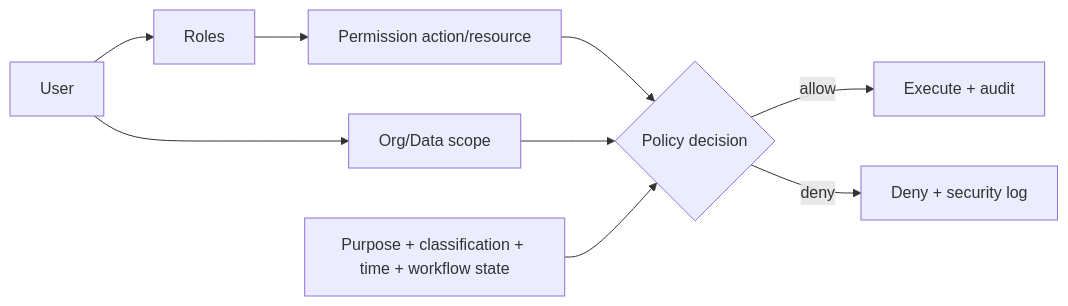
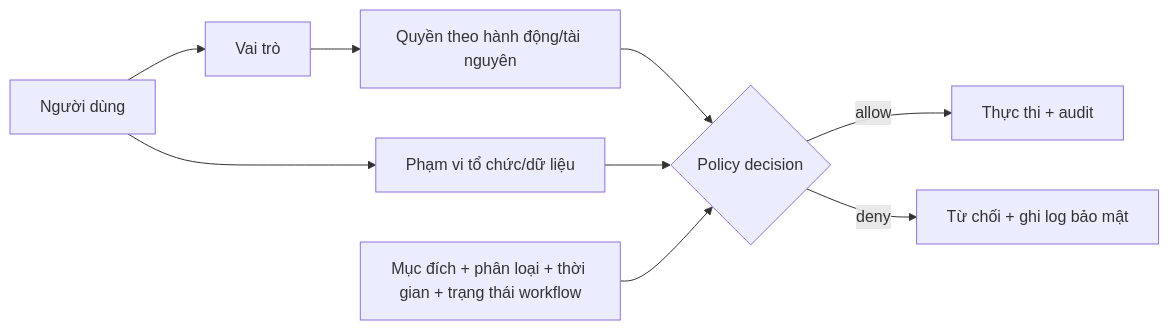
Before and after one commit to chotr/BTCTU: the diagram in docs/04-system-design/permissions.md, drawn with Mermaid. The commit also changed other lines of this file and 48 other files, not shown here.

````diff
--- a/docs/04-system-design/permissions.md
+++ b/docs/04-system-design/permissions.md
@@ -20,11 +23,11 @@
 ```mermaid
 flowchart LR
-  U["User"] --> R["Roles"]
-  R --> P["Permission action/resource"]
-  U --> S["Org/Data scope"]
+  U["Người dùng"] --> R["Vai trò"]
+  R --> P["Quyền theo hành động/tài nguyên"]
+  U --> S["Phạm vi tổ chức/dữ liệu"]
   P --> D{"Policy decision"}
   S --> D
-  C["Purpose + classification + time + workflow state"] --> D
-  D -->|"allow"| A["Execute + audit"]
-  D -->|"deny"| X["Deny + security log"]
+  C["Mục đích + phân loại + thời gian + trạng thái workflow"] --> D
+  D -->|"allow"| A["Thực thi + audit"]
+  D -->|"deny"| X["Từ chối + ghi log bảo mật"]
 ```
````
